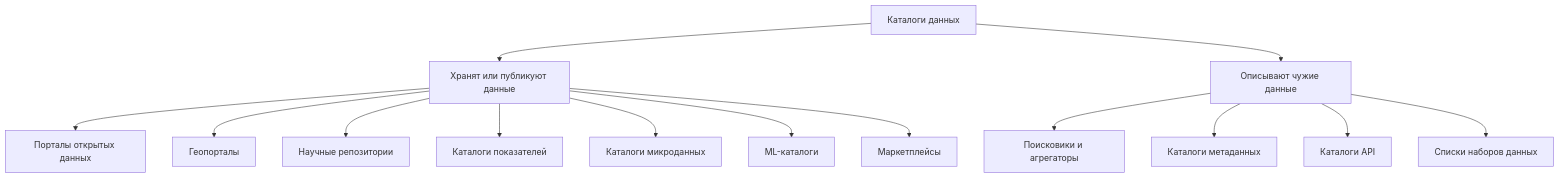
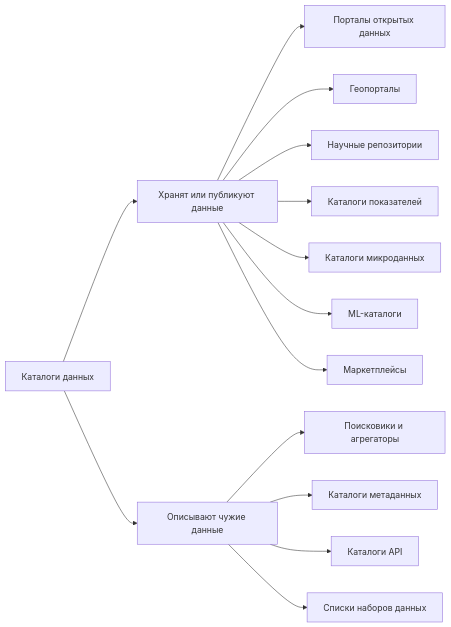
Before and after one commit to ivbeg/data-catalogs-book: the first of 2 diagrams in docs/03-types/01-classification.md, drawn with Mermaid. The commit also changed other lines of this file and 64 other files, not shown here.

````diff
--- a/docs/03-types/01-classification.md
+++ b/docs/03-types/01-classification.md
@@ -22,16 +28,16 @@
 ```mermaid
-flowchart TD
+flowchart LR
   K[Каталоги данных] --> H[Хранят или публикуют данные]
   K --> M[Описывают чужие данные]
   H --> OD[Порталы открытых данных]
   H --> GEO[Геопорталы]
   H --> SCI[Научные репозитории]
   H --> IND[Каталоги показателей]
   H --> MIC[Каталоги микроданных]
   H --> ML[ML-каталоги]
   H --> MP[Маркетплейсы]
   M --> AGG[Поисковики и агрегаторы]
   M --> META[Каталоги метаданных]
   M --> API[Каталоги API]
   M --> LIST[Списки наборов данных]
 ```
````
